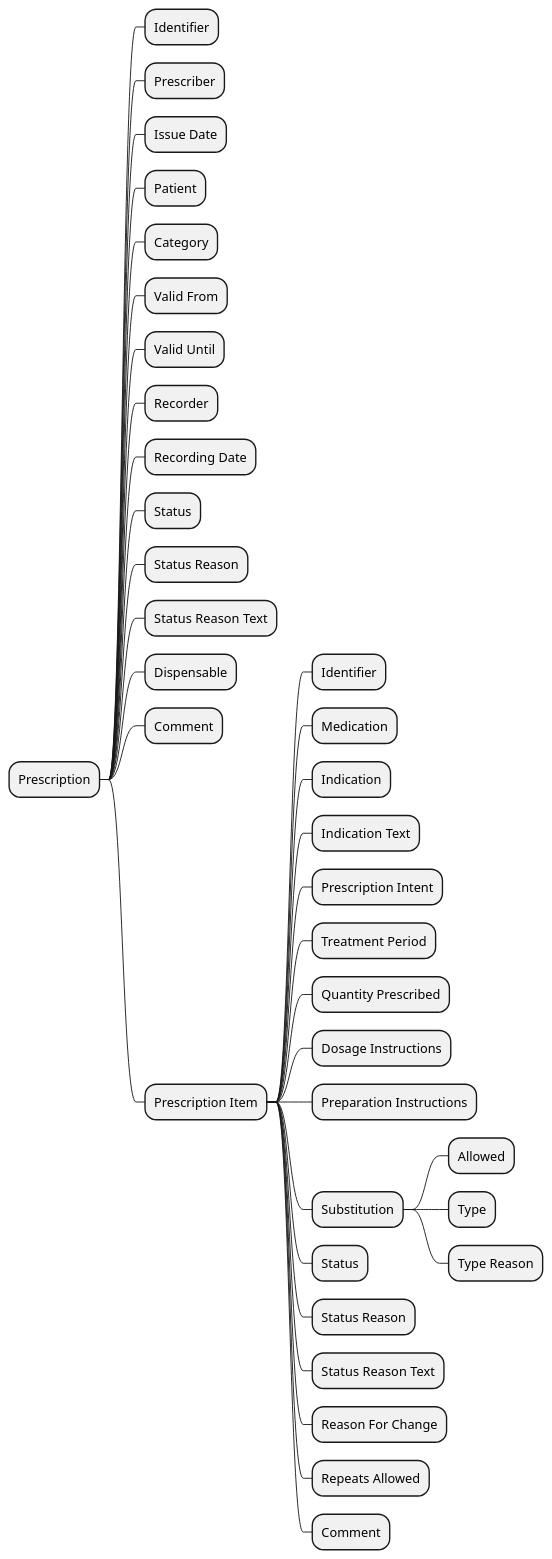
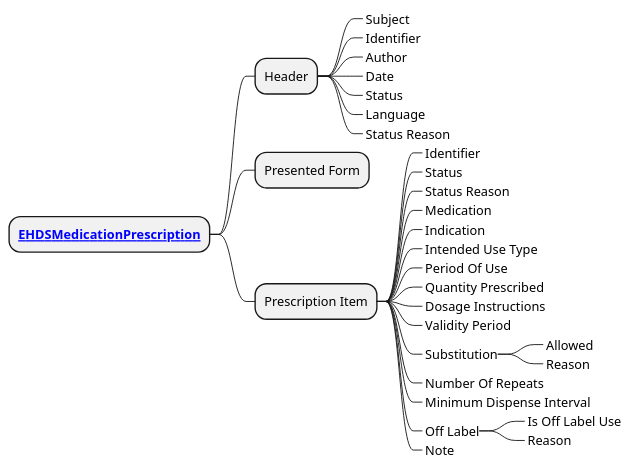
The diagram in input/images-source/prescription_prescription_CIM_TC.plantuml (Xt-EHR/xt-ehr-common), drawn with PlantUML before and after one commit. The commit also changed 7 other files, not shown here.

Commit message:
new mindmaps for imaging, lab, meds

```diff
--- a/input/images-source/prescription_prescription_CIM_TC.plantuml
+++ b/input/images-source/prescription_prescription_CIM_TC.plantuml
@@ -1,37 +1,34 @@
 @startmindmap
-* Prescription
-** Identifier
-** Prescriber
-** Issue Date
-** Patient
-** Category
-** Valid From
-** Valid Until
-** Recorder
-** Recording Date
-** Status
-** Status Reason
-** Status Reason Text
-** Dispensable
-** Comment
+skinparam topurl StructureDefinition-
+
+* **[[EHDSMedicationPrescription.html EHDSMedicationPrescription]]**
+** Header
+***_ Subject
+***_ Identifier
+***_ Author
+***_ Date
+***_ Status
+***_ Language
+***_ Status Reason
+** Presented Form
 ** Prescription Item
-*** Identifier
-*** Medication
-*** Indication
-*** Indication Text
-*** Prescription Intent
-*** Treatment Period
-*** Quantity Prescribed
-*** Dosage Instructions
-*** Preparation Instructions
-*** Substitution
-**** Allowed
-**** Type
-**** Type Reason
-*** Status
-*** Status Reason
-*** Status Reason Text
-*** Reason For Change
-*** Repeats Allowed
-*** Comment
+***_ Identifier
+***_ Status
+***_ Status Reason
+***_ Medication
+***_ Indication
+***_ Intended Use Type
+***_ Period Of Use
+***_ Quantity Prescribed
+***_ Dosage Instructions
+***_ Validity Period
+***_ Substitution
+****_ Allowed
+****_ Reason
+***_ Number Of Repeats
+***_ Minimum Dispense Interval
+***_ Off Label
+****_ Is Off Label Use
+****_ Reason
+***_ Note
 @endmindmap
```
